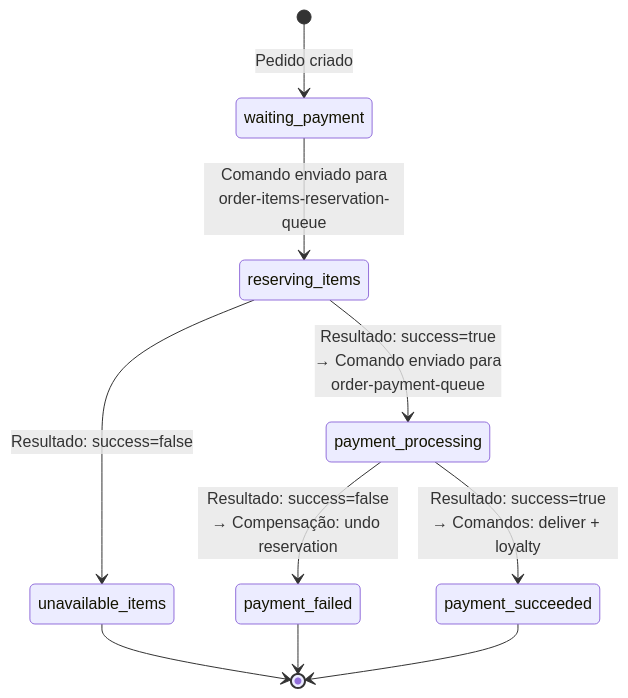
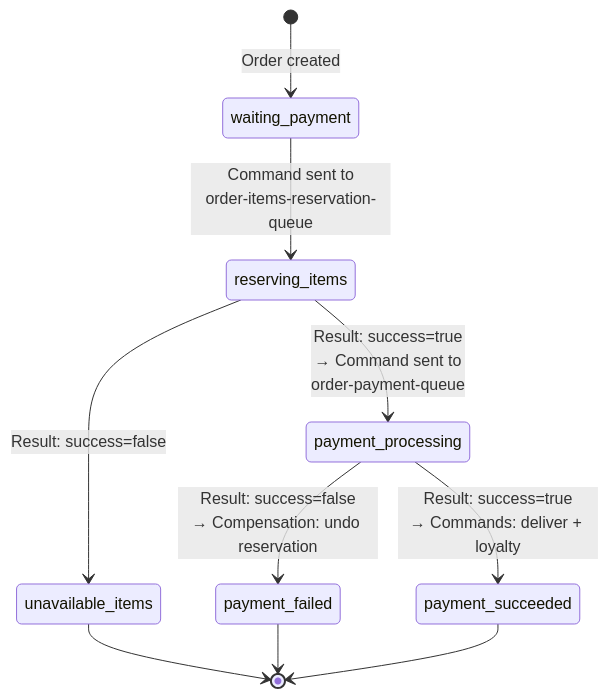
The third of 4 diagrams in orchestrated-saga/@docs/orchestrated-saga-flow.md (DevVictor19/microservices-saga-pattern), drawn with Mermaid before and after one commit. The commit also changed other lines of this file and 2 other files, not shown here.

````diff
--- a/orchestrated-saga/@docs/orchestrated-saga-flow.md
+++ b/orchestrated-saga/@docs/orchestrated-saga-flow.md
@@ -196,16 +196,16 @@
 ```mermaid
 stateDiagram-v2
-    [*] --> waiting_payment: Pedido criado
+    [*] --> waiting_payment: Order created
 
-    waiting_payment --> reserving_items: Comando enviado para<br/>order-items-reservation-queue
+    waiting_payment --> reserving_items: Command sent to<br/>order-items-reservation-queue
 
-    reserving_items --> unavailable_items: Resultado: success=false
-    reserving_items --> payment_processing: Resultado: success=true<br/>→ Comando enviado para<br/>order-payment-queue
+    reserving_items --> unavailable_items: Result: success=false
+    reserving_items --> payment_processing: Result: success=true<br/>→ Command sent to<br/>order-payment-queue
 
-    payment_processing --> payment_failed: Resultado: success=false<br/>→ Compensação: undo reservation
-    payment_processing --> payment_succeeded: Resultado: success=true<br/>→ Comandos: deliver + loyalty
+    payment_processing --> payment_failed: Result: success=false<br/>→ Compensation: undo reservation
+    payment_processing --> payment_succeeded: Result: success=true<br/>→ Commands: deliver + loyalty
 
     unavailable_items --> [*]
     payment_failed --> [*]
     payment_succeeded --> [*]
 ```
````
